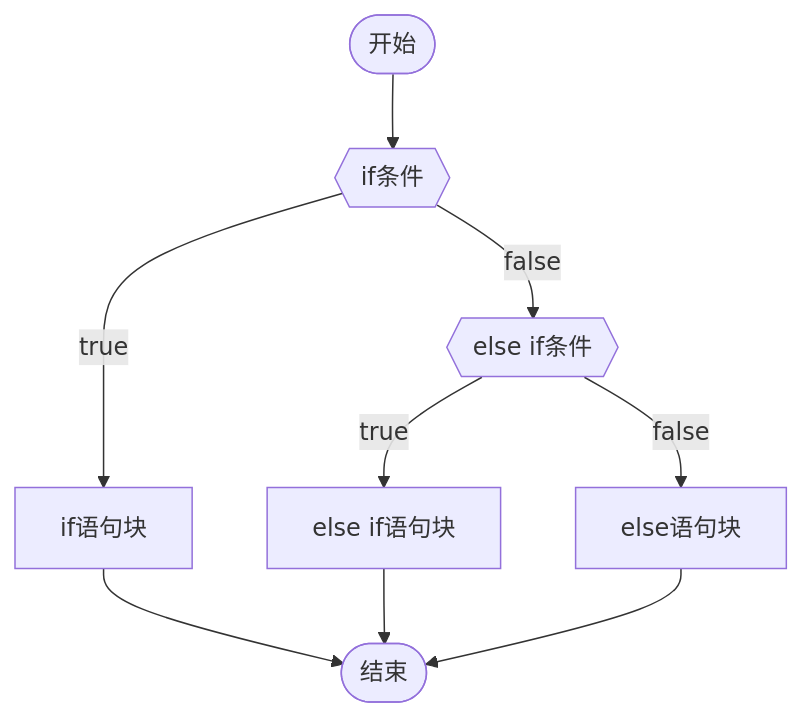
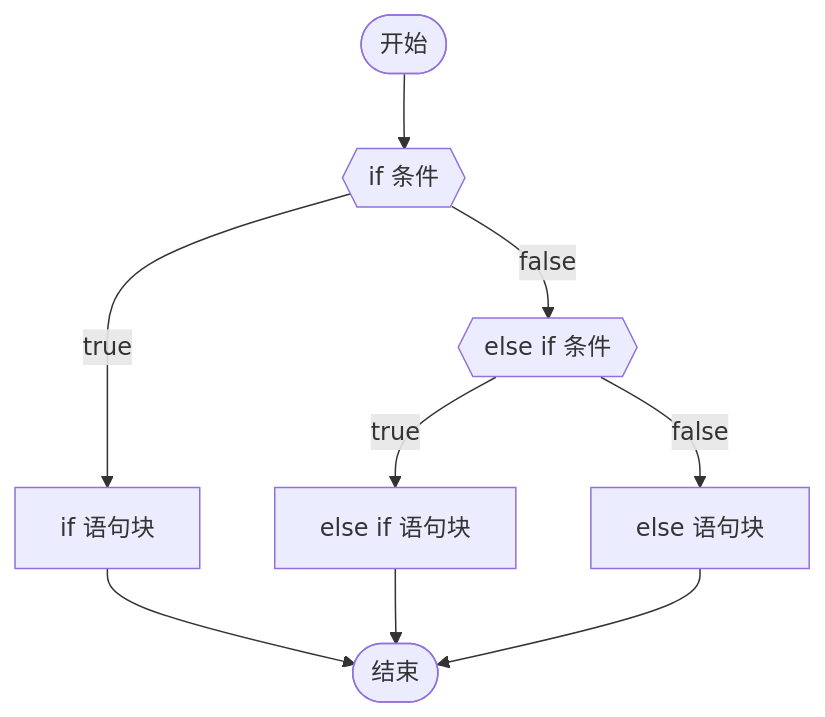
Before and after one commit to sankgao/sankgao.github.io: the first of 6 diagrams in docs/about/notes/markdown_syntax.md, drawn with Mermaid. The commit also changed other lines of this file and 4 other files, not shown here.

````diff
--- a/docs/about/notes/markdown_syntax.md
+++ b/docs/about/notes/markdown_syntax.md
@@ -1157,11 +1123,13 @@
 ```mermaid
-graph TB
-	%% s=start  e=end  f=fork  n=normal
-	s([开始])-->f1{{if条件}};
-	%% 分支点1
-	f1--true-->n1[if语句块]-->e([结束]);
-	f1--false-->f2{{else if条件}};
-	%% 分支点2
-	f2--true-->n2[else if语句块]-->e;
-	f2--false-->n3[else语句块]-->e;
+flowchart TB
+    %% s=start  e=end  f=fork  n=normal
+    s([开始]) --> f1{{if 条件}};
+
+    %% 分支点1
+    f1-- true -->n1[if 语句块] --> e([结束]);
+    f1-- false --> f2{{else if 条件}};
+
+    %% 分支点2
+    f2-- true --> n2[else if 语句块] --> e;
+    f2-- false --> n3[else 语句块] --> e;
 ```
````
